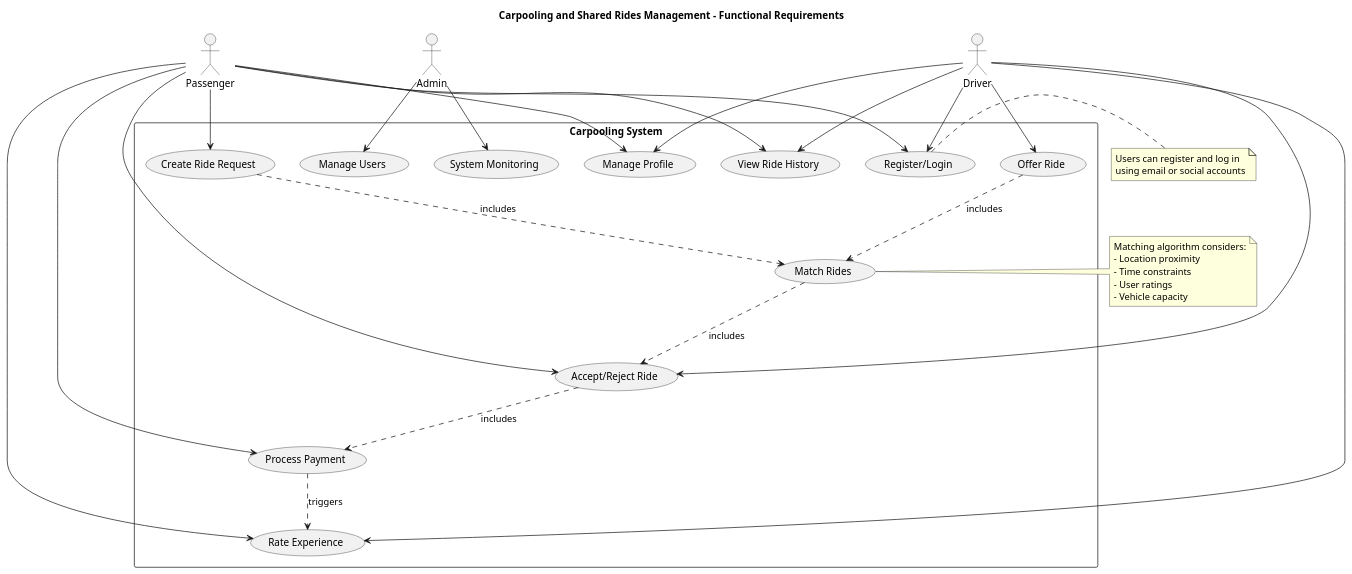
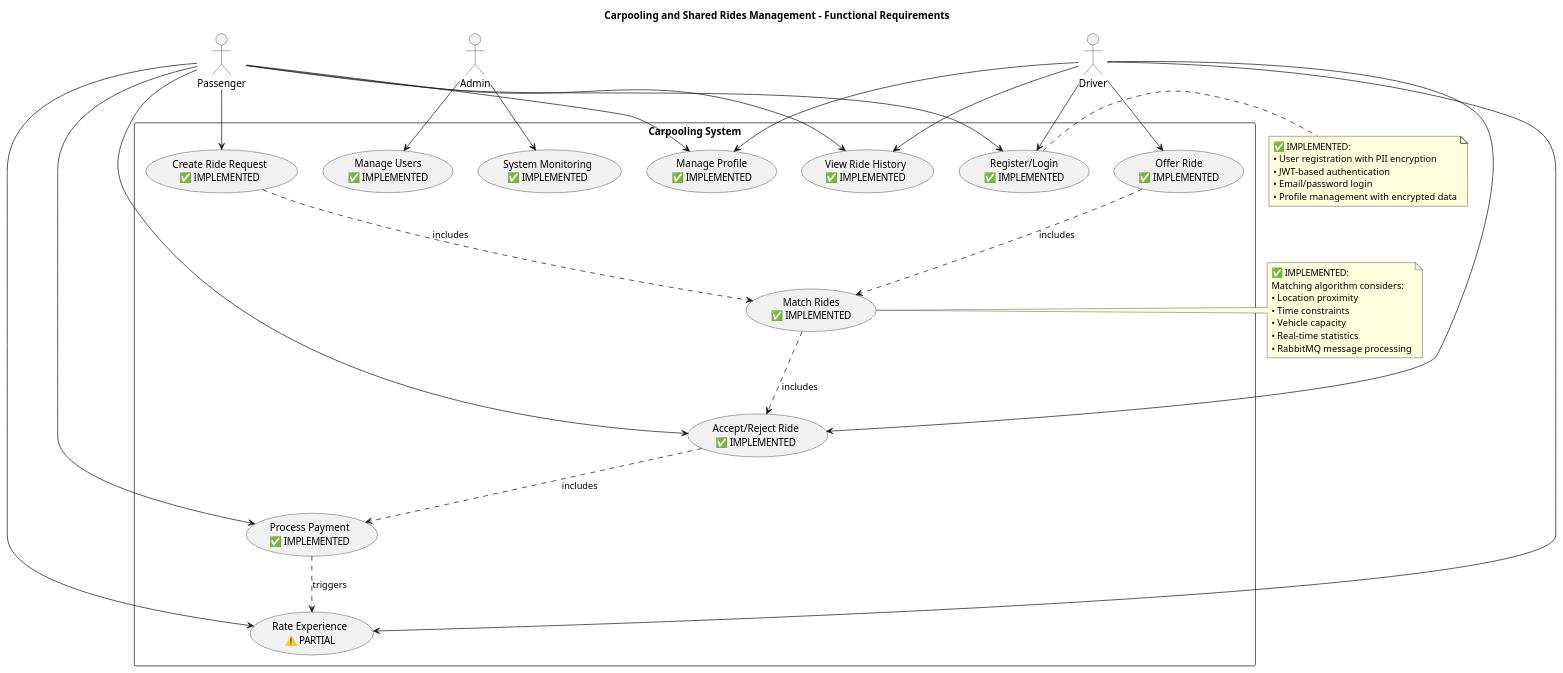
Before and after one commit to qweered/cloud-project: the diagram in docs/diagrams/functional_requirements.puml, drawn with PlantUML. The commit also changed 10 other files, not shown here.

Commit message:
update diagrams

```diff
--- a/docs/diagrams/functional_requirements.puml
+++ b/docs/diagrams/functional_requirements.puml
@@ -1,63 +1,68 @@
 @startuml Functional Requirements
 
 title Carpooling and Shared Rides Management - Functional Requirements
 
 ' Use case diagram
 actor "Passenger" as passenger
 actor "Driver" as driver
 actor "Admin" as admin
 
 rectangle "Carpooling System" {
-  usecase "Register/Login" as UC1
-  usecase "Manage Profile" as UC2
-  usecase "Create Ride Request" as UC3
-  usecase "Offer Ride" as UC4
-  usecase "Match Rides" as UC5
-  usecase "Accept/Reject Ride" as UC6
-  usecase "Process Payment" as UC7
-  usecase "Rate Experience" as UC8
-  usecase "View Ride History" as UC9
-  usecase "System Monitoring" as UC10
-  usecase "Manage Users" as UC11
+  usecase "Register/Login\n✅ IMPLEMENTED" as UC1
+  usecase "Manage Profile\n✅ IMPLEMENTED" as UC2
+  usecase "Create Ride Request\n✅ IMPLEMENTED" as UC3
+  usecase "Offer Ride\n✅ IMPLEMENTED" as UC4
+  usecase "Match Rides\n✅ IMPLEMENTED" as UC5
+  usecase "Accept/Reject Ride\n✅ IMPLEMENTED" as UC6
+  usecase "Process Payment\n✅ IMPLEMENTED" as UC7
+  usecase "Rate Experience\n⚠️ PARTIAL" as UC8
+  usecase "View Ride History\n✅ IMPLEMENTED" as UC9
+  usecase "System Monitoring\n✅ IMPLEMENTED" as UC10
+  usecase "Manage Users\n✅ IMPLEMENTED" as UC11
 }
 
 ' User connections
 passenger --> UC1
 passenger --> UC2
 passenger --> UC3
 passenger --> UC6
 passenger --> UC7
 passenger --> UC8
 passenger --> UC9
 
 driver --> UC1
 driver --> UC2
 driver --> UC4
 driver --> UC6
 driver --> UC8
 driver --> UC9
 
 admin --> UC10
 admin --> UC11
 
 ' System connections
 UC3 ..> UC5 : includes
 UC4 ..> UC5 : includes
 UC5 ..> UC6 : includes
 UC6 ..> UC7 : includes
 UC7 ..> UC8 : triggers
 
 note right of UC1
-  Users can register and log in
-  using email or social accounts
+  ✅ IMPLEMENTED:
+  • User registration with PII encryption
+  • JWT-based authentication
+  • Email/password login
+  • Profile management with encrypted data
 end note
 
 note right of UC5
+  ✅ IMPLEMENTED:
   Matching algorithm considers:
-  - Location proximity
-  - Time constraints
-  - User ratings
-  - Vehicle capacity
+  • Location proximity
+  • Time constraints
+  • Vehicle capacity
+  • Real-time statistics
+  • RabbitMQ message processing
 end note
 
 @enduml 
```
